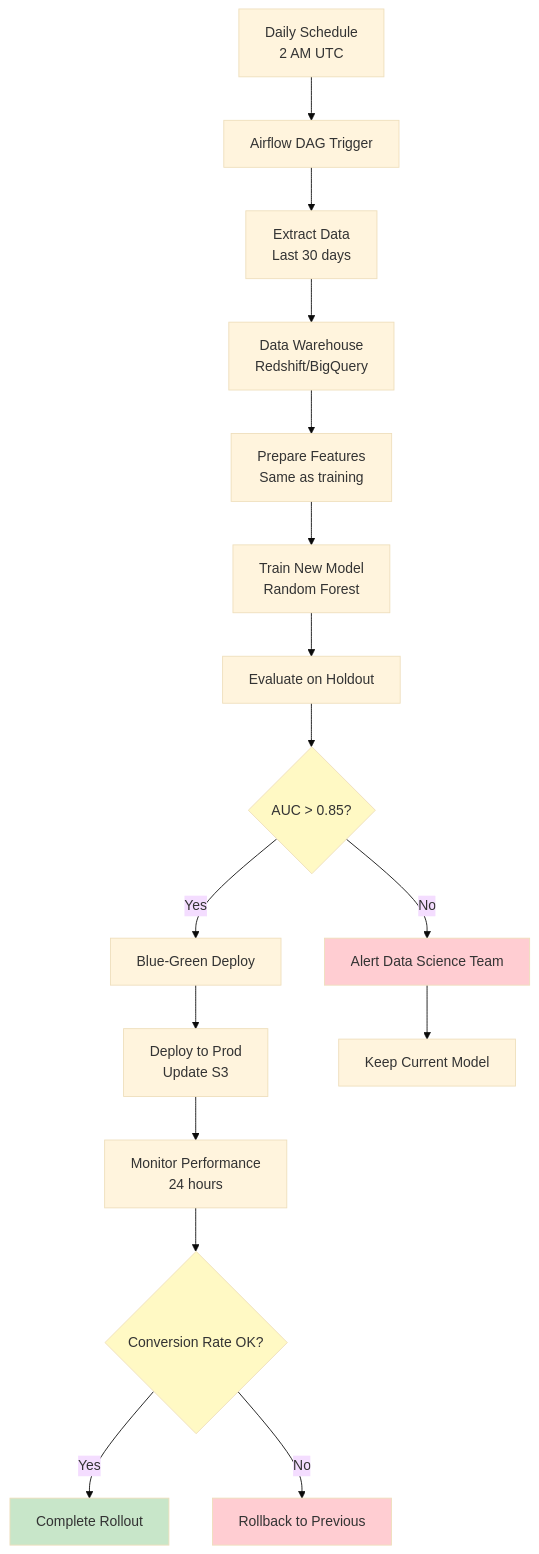
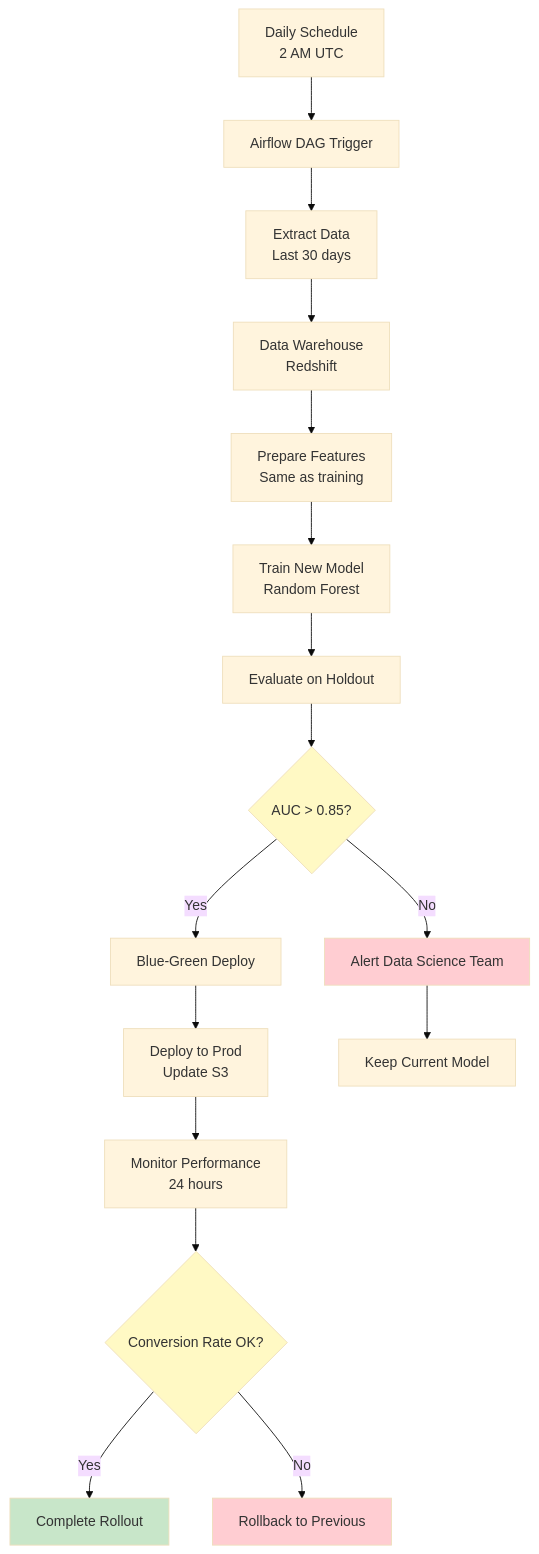
Before and after one commit to smiley-maker/realtime-lead-scoring: the sixth of 6 diagrams in docs/architecture.md, drawn with Mermaid (base theme). The commit also changed other lines of this file and 4 other files, not shown here.

````diff
--- a/docs/architecture.md
+++ b/docs/architecture.md
@@ -375,31 +305,31 @@
 ```mermaid
 flowchart TD
     A[Daily Schedule<br/>2 AM UTC] --> B[Airflow DAG Trigger]
     
     B --> C[Extract Data<br/>Last 30 days]
-    C --> D[Data Warehouse<br/>Redshift/BigQuery]
+    C --> D[Data Warehouse<br/>Redshift]
     
     D --> E[Prepare Features<br/>Same as training]
     E --> F[Train New Model<br/>Random Forest]
     
     F --> G[Evaluate on Holdout]
     G --> H{AUC > 0.85?}
     
     H -->|Yes| I[Blue-Green Deploy]
     H -->|No| J[Alert Data Science Team]
     
     I --> K[Deploy to Prod<br/>Update S3]
     J --> L[Keep Current Model]
     
     K --> M[Monitor Performance<br/>24 hours]
     M --> N{Conversion Rate OK?}
     
     N -->|Yes| O[Complete Rollout]
     N -->|No| P[Rollback to Previous]
     
     style H fill:#fff9c4
     style N fill:#fff9c4
     style O fill:#c8e6c9
     style J fill:#ffcdd2
     style P fill:#ffcdd2
 ```
````
